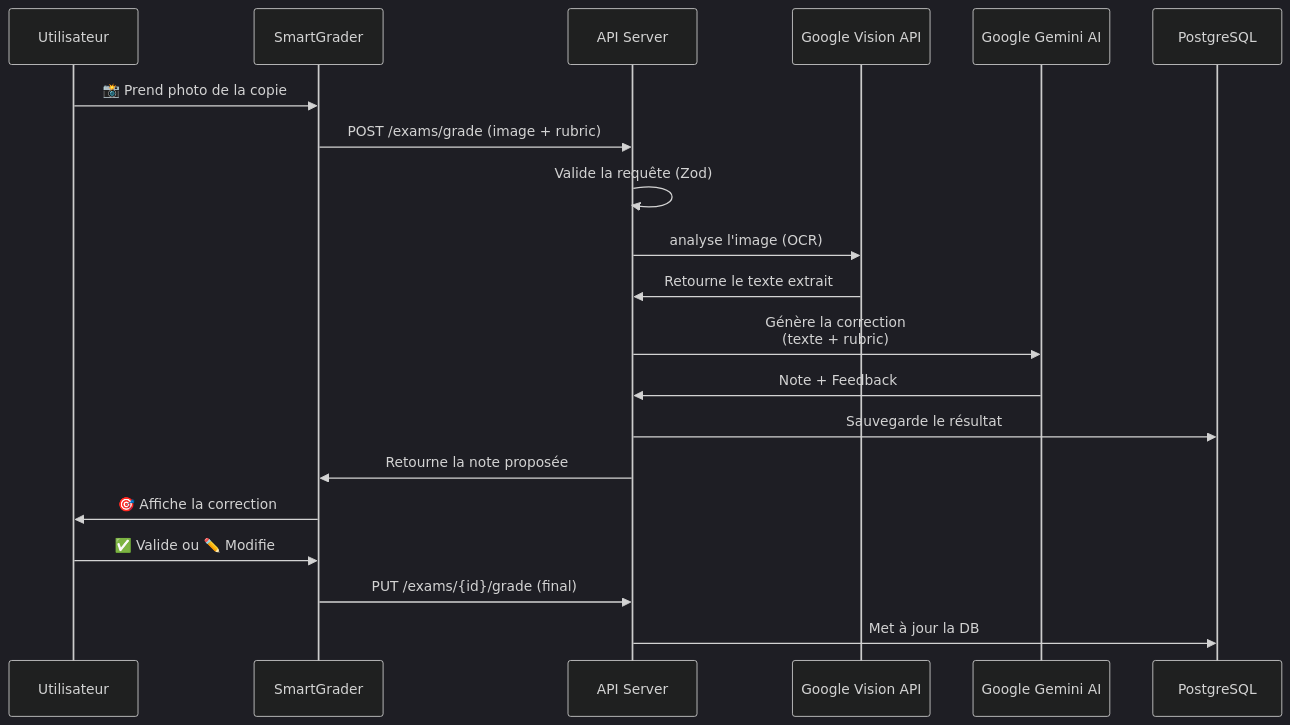
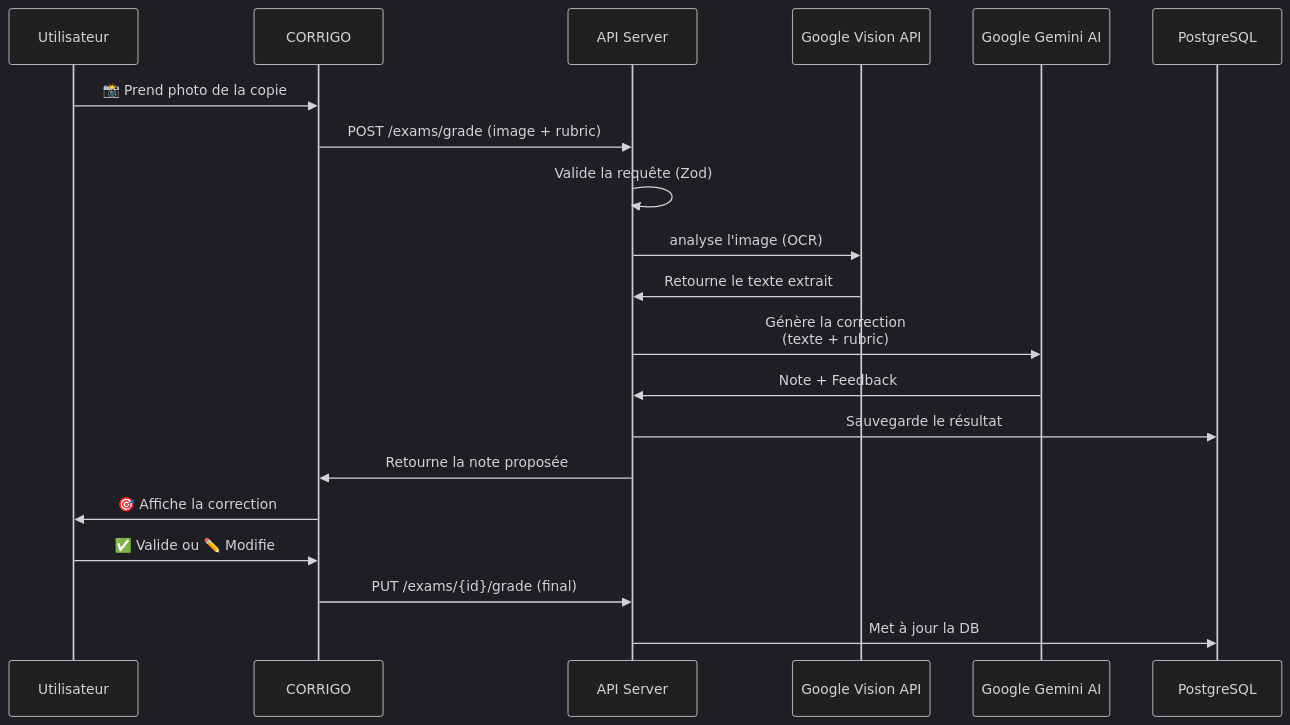
The second of 5 diagrams in ARCHITECTURE.md (Mardo-k12/Corrigo), drawn with Mermaid (dark theme) before and after one commit. The commit also changed other lines of this file and 14 other files, not shown here.

````diff
--- a/ARCHITECTURE.md
+++ b/ARCHITECTURE.md
@@ -157,23 +157,23 @@
 ```mermaid
 sequenceDiagram
     participant User as Utilisateur
-    participant Mobile as SmartGrader
+    participant Mobile as CORRIGO
     participant API as API Server
     participant Vision as Google Vision API
     participant Gemini as Google Gemini AI
     participant DB as PostgreSQL
     
     User->>Mobile: 📸 Prend photo de la copie
     Mobile->>API: POST /exams/grade (image + rubric)
     API->>API: Valide la requête (Zod)
     API->>Vision: analyse l'image (OCR)
     Vision->>API: Retourne le texte extrait
     API->>Gemini: Génère la correction<br/>(texte + rubric)
     Gemini->>API: Note + Feedback
     API->>DB: Sauvegarde le résultat
     API->>Mobile: Retourne la note proposée
     Mobile->>User: 🎯 Affiche la correction
     User->>Mobile: ✅ Valide ou ✏️ Modifie
     Mobile->>API: PUT /exams/{id}/grade (final)
     API->>DB: Met à jour la DB
 ```
````
